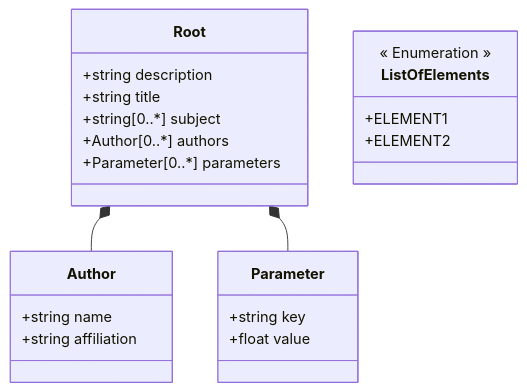
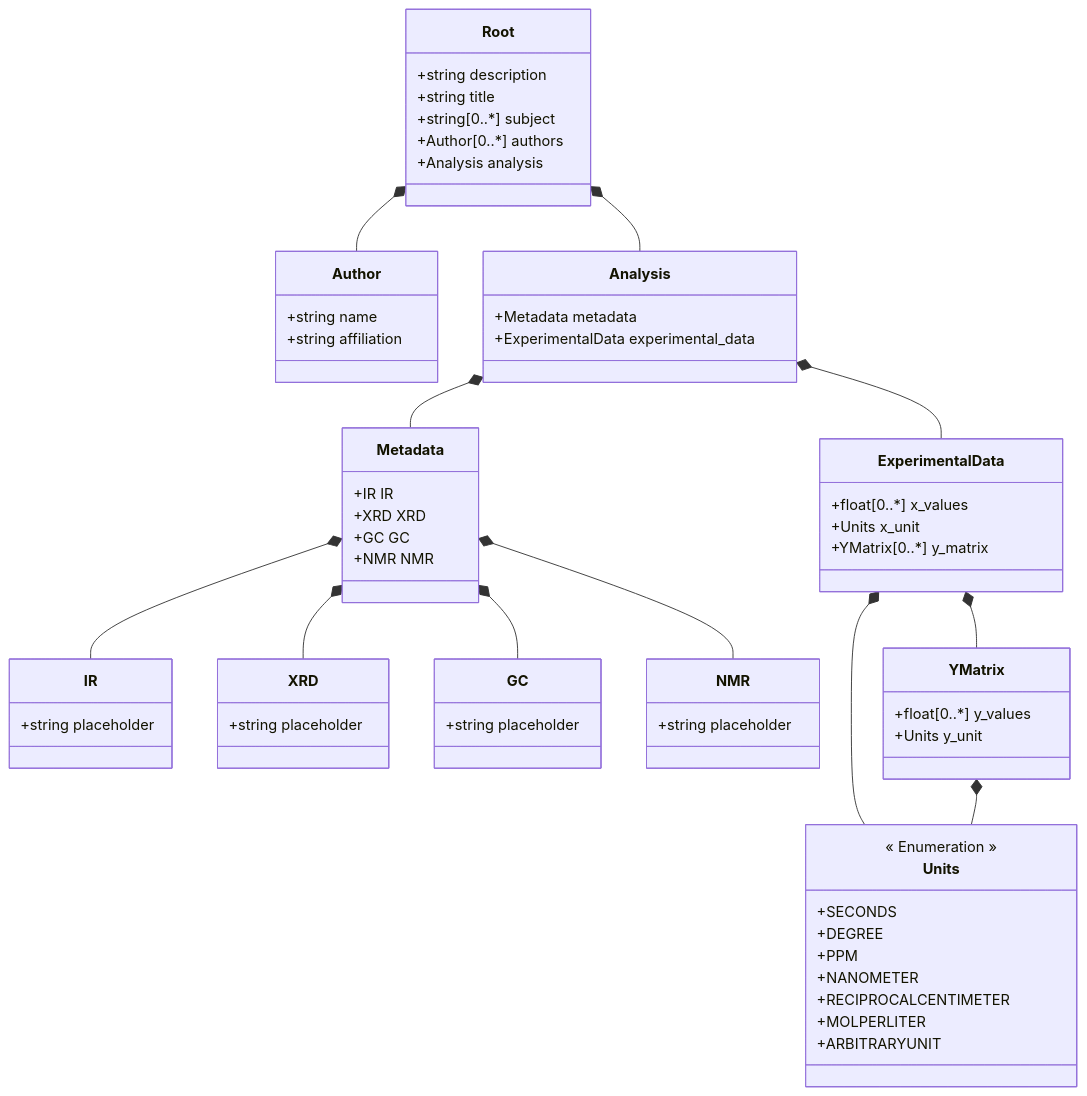
The diagram in PeakFitting/schemes/peakfitting_schema.md (FAIRChemistry/PeakFitting), drawn with Mermaid before and after one commit. The commit also changed 13 other files, not shown here.

````diff
--- a/PeakFitting/schemes/peakfitting_schema.md
+++ b/PeakFitting/schemes/peakfitting_schema.md
@@ -1,30 +1,78 @@
 ```mermaid
 classDiagram
     Root *-- Author
-    Root *-- Parameter
+    Root *-- Analysis
+    Analysis *-- Metadata
+    Analysis *-- ExperimentalData
+    Metadata *-- IR
+    Metadata *-- XRD
+    Metadata *-- GC
+    Metadata *-- NMR
+    ExperimentalData *-- Units
+    ExperimentalData *-- YMatrix
+    YMatrix *-- Units
     
     class Root {
         +string description
         +string title
         +string[0..*] subject
         +Author[0..*] authors
-        +Parameter[0..*] parameters
+        +Analysis analysis
     }
     
     class Author {
         +string name
         +string affiliation
     }
     
-    class Parameter {
-        +string key
-        +float value
+    class Analysis {
+        +Metadata metadata
+        +ExperimentalData experimental_data
     }
     
-    class ListOfElements {
+    class Metadata {
+        +IR IR
+        +XRD XRD
+        +GC GC
+        +NMR NMR
+    }
+    
+    class IR {
+        +string placeholder
+    }
+    
+    class XRD {
+        +string placeholder
+    }
+    
+    class GC {
+        +string placeholder
+    }
+    
+    class NMR {
+        +string placeholder
+    }
+    
+    class ExperimentalData {
+        +float[0..*] x_values
+        +Units x_unit
+        +YMatrix[0..*] y_matrix
+    }
+    
+    class YMatrix {
+        +float[0..*] y_values
+        +Units y_unit
+    }
+    
+    class Units {
         << Enumeration >>
-        +ELEMENT1
-        +ELEMENT2
+        +SECONDS
+        +DEGREE
+        +PPM
+        +NANOMETER
+        +RECIPROCALCENTIMETER
+        +MOLPERLITER
+        +ARBITRARYUNIT
     }
     
 ```
````
